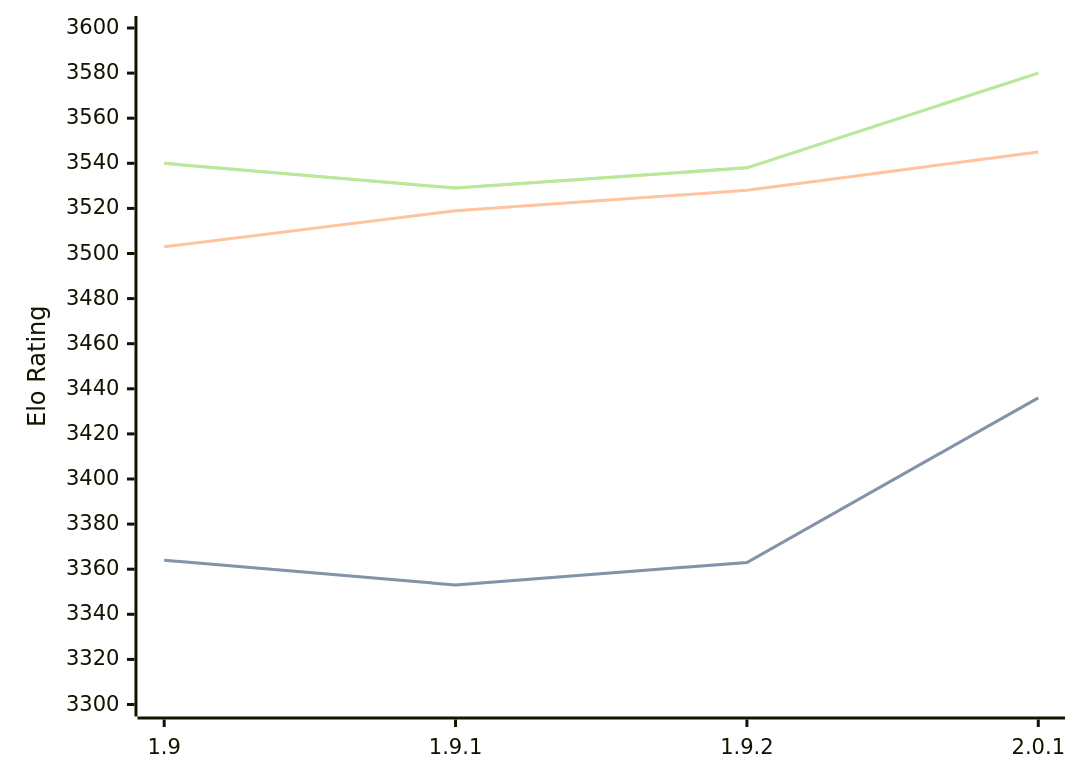
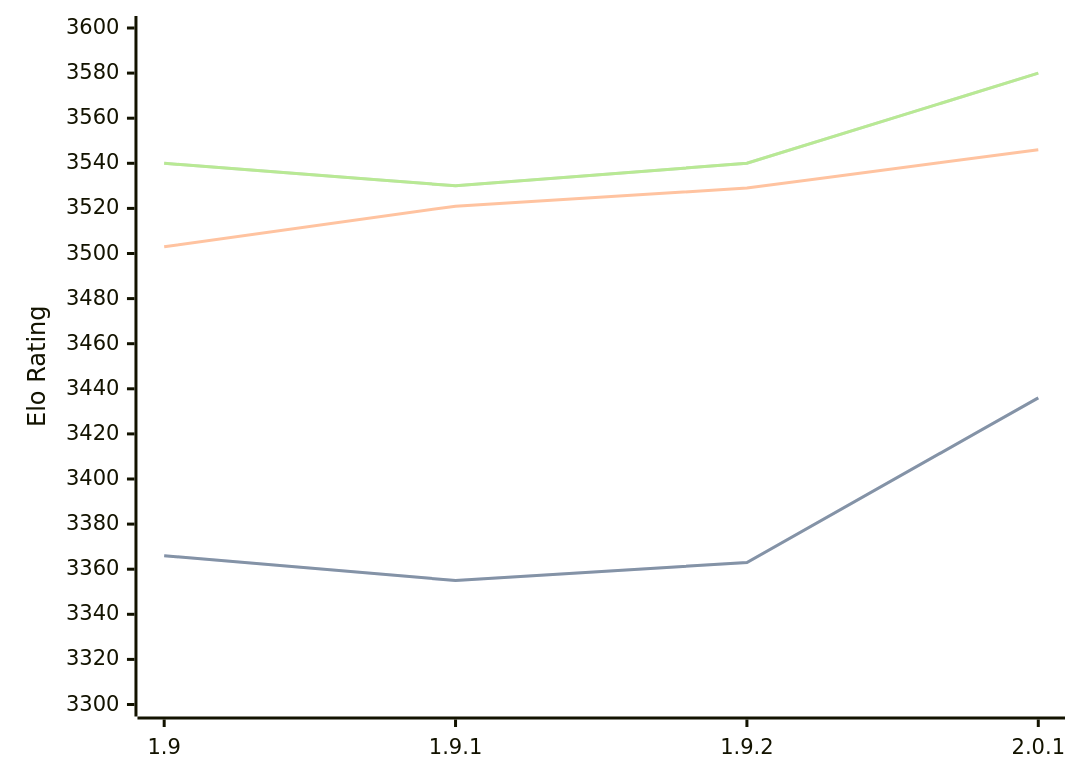
The diagram in engines/Pawnocchio.md (computer-chess-index/cci), drawn with Mermaid before and after one commit. The commit also changed other lines of this file, not shown here.

Commit message:
Update CCI Ratings (ELO VLTC) - 2026-07-25

````diff
--- a/engines/Pawnocchio.md
+++ b/engines/Pawnocchio.md
@@ -50,11 +50,11 @@
 ```mermaid
 %%{init: {"theme":"base","themeVariables":{"seriesColors:['#a3a3a3','#222221','#faa371']}}}%%
 xychart-beta
   x-axis ["1.9", "1.9.1", "1.9.2", "2.0.1"]
   y-axis "Elo Rating" 3300 --> 3600
-  line "STC (8.0+0.08s)" [3364, 3353, 3363, 3436]
-  line "STC (8.0+0.08s)" [3364, 3353, 3363, 3436]
-  line "LTC (60.0+0.60s)" [3503, 3519, 3528, 3545]
-  line "VLTC (2m24s+1.12s)" [3540, 3529, 3538, 3580]
-  line "VLTC (2m24s+1.12s)" [3540, 3529, 3538, 3580]
+  line "STC (8.0+0.08s)" [3366, 3355, 3363, 3436]
+  line "STC (8.0+0.08s)" [3366, 3355, 3363, 3436]
+  line "LTC (60.0+0.60s)" [3503, 3521, 3529, 3546]
+  line "VLTC (2m24s+1.12s)" [3540, 3530, 3540, 3580]
+  line "VLTC (2m24s+1.12s)" [3540, 3530, 3540, 3580]
 ```
````
